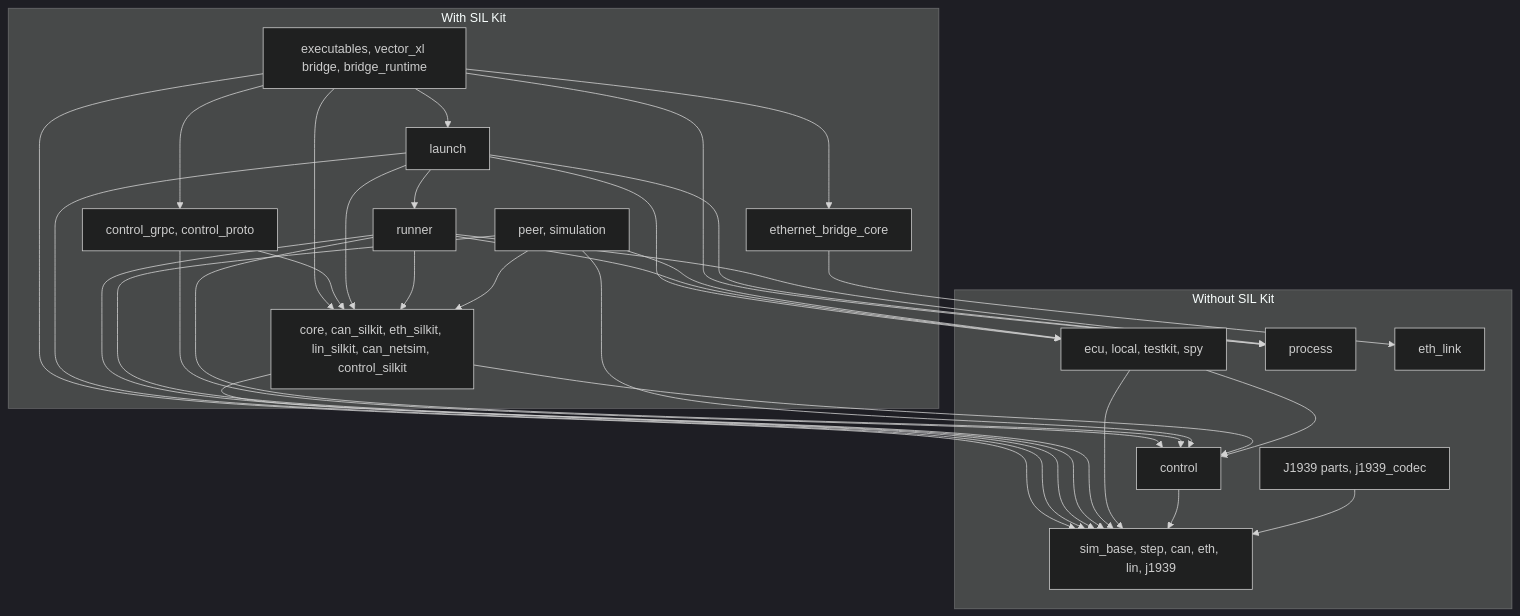
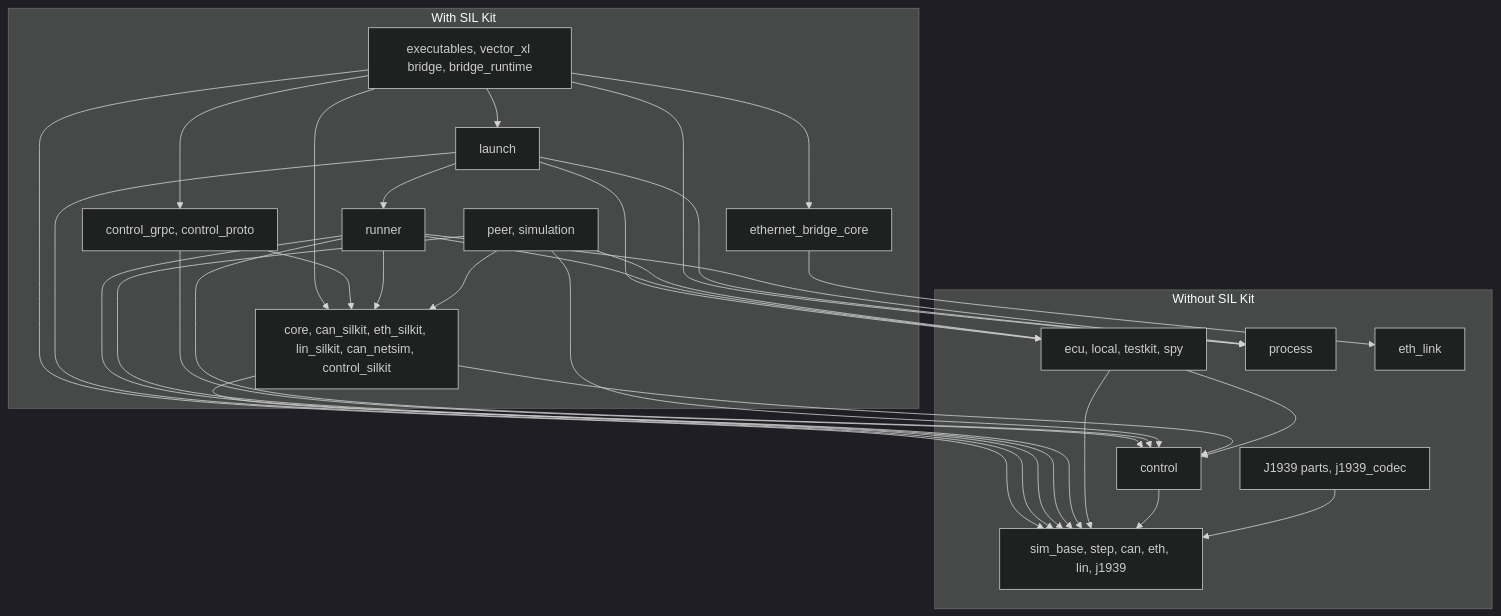
The first of 2 diagrams in docs/code-map-core.md (rahanahu/vehicle-sil), drawn with Mermaid (dark theme) before and after one commit. The commit also changed other lines of this file and 10 other files, not shown here.

````diff
--- a/docs/code-map-core.md
+++ b/docs/code-map-core.md
@@ -145,49 +146,48 @@
 ```mermaid
 flowchart TD
     subgraph no_silkit["Without SIL Kit"]
         protocols["sim_base, step, can, eth, lin, j1939"]
         control["control"]
         j1939_parts["J1939 parts, j1939_codec"]
         app["ecu, local, testkit, spy"]
         process["process"]
         eth_link_box["eth_link"]
     end
     subgraph with_silkit["With SIL Kit"]
         bindings["core, can_silkit, eth_silkit, lin_silkit, can_netsim, control_silkit"]
         run["peer, simulation"]
         runner["runner"]
         launch["launch"]
         grpc["control_grpc, control_proto"]
         tools["executables, vector_xl bridge, bridge_runtime"]
         ethernet_bridge["ethernet_bridge_core"]
     end
     j1939_parts --> protocols
     control --> protocols
     app --> protocols
     app --> control
     bindings --> protocols
     bindings --> control
     run --> app
     run --> bindings
     run --> protocols
     run --> control
     runner --> app
     runner --> process
     runner --> protocols
     runner --> bindings
     runner --> control
     launch --> runner
     launch --> app
     launch --> process
     launch --> protocols
-    launch --> bindings
     grpc --> control
     grpc --> bindings
     tools --> protocols
     tools --> bindings
     tools --> launch
     tools --> process
     tools --> grpc
     tools --> ethernet_bridge
     ethernet_bridge --> eth_link_box
 ```
````
